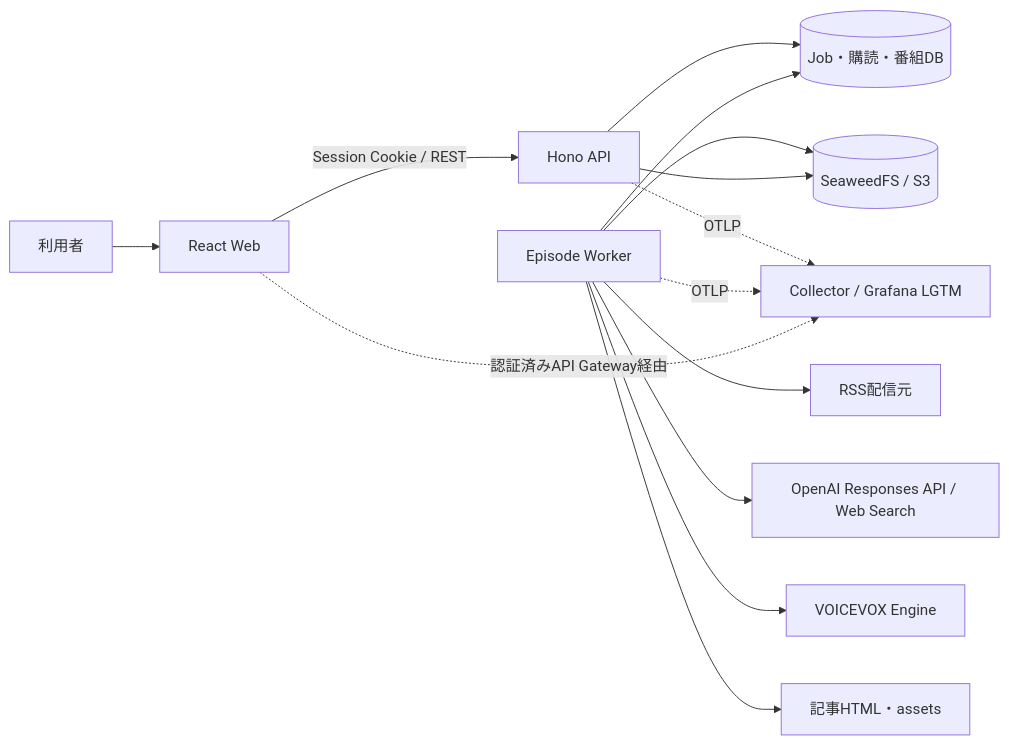
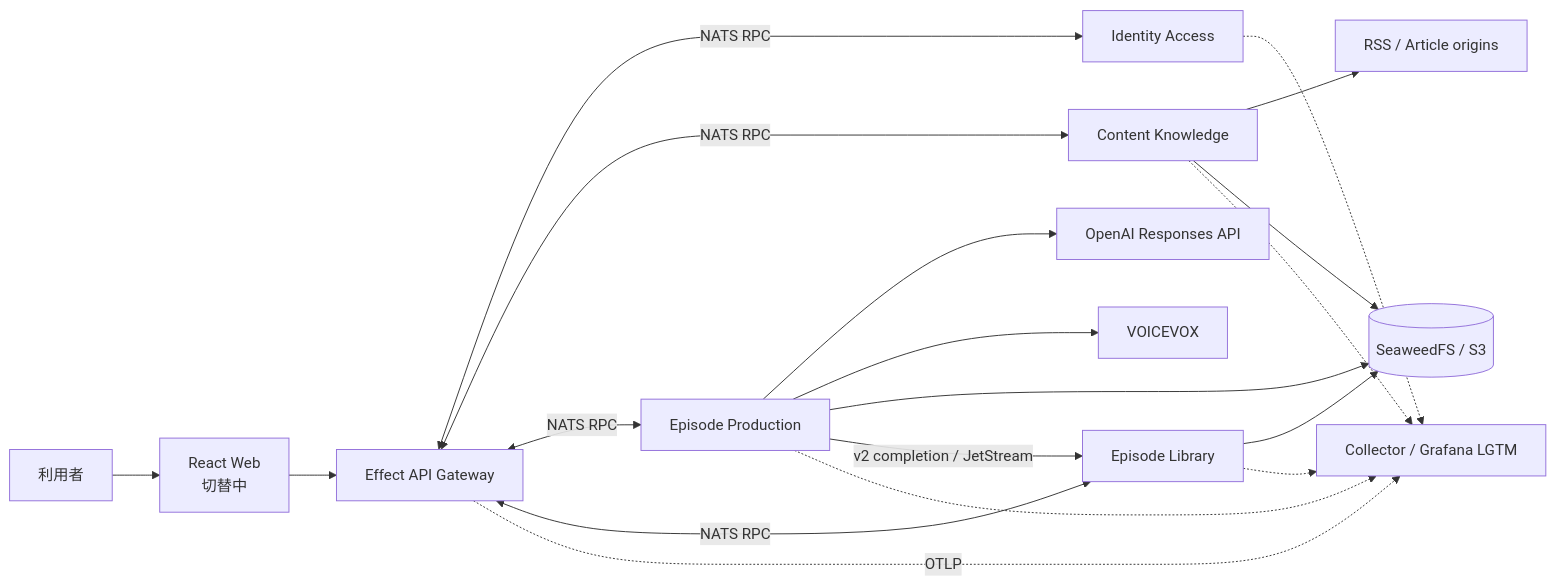
One commit to r4ai/news-podcast changed the first of 9 diagrams in docs/architecture.md. Above: the diagram before and after it, drawn with Mermaid. The commit also changed other lines of this file, not shown here.

Commit message:
docs(architecture): show functional runtime topology

````diff
--- a/docs/architecture.md
+++ b/docs/architecture.md
@@ -22,16 +22,21 @@
 ```mermaid
 flowchart LR
-  User["利用者"] --> Web["React Web"]
-  Web -->|"Session Cookie / REST"| API["Hono API"]
-  API --> DB[("Job・購読・番組DB")]
-  Worker["Episode Worker"] --> DB
-  Worker --> RSS["RSS配信元"]
-  Worker --> OpenAI["OpenAI Responses API / Web Search"]
-  Worker --> Voicevox["VOICEVOX Engine"]
-  Worker --> Objects[("SeaweedFS / S3")]
-  API --> Objects
-  Worker --> Articles["記事HTML・assets"]
-  API -.->|"OTLP"| Obs["Collector / Grafana LGTM"]
-  Worker -.->|"OTLP"| Obs
-  Web -.->|"認証済みAPI Gateway経由"| Obs
+  User["利用者"] --> Web["React Web<br/>切替中"]
+  Web --> Gateway["Effect API Gateway"]
+  Gateway <-->|"NATS RPC"| Identity["Identity Access"]
+  Gateway <-->|"NATS RPC"| Content["Content Knowledge"]
+  Gateway <-->|"NATS RPC"| Production["Episode Production"]
+  Gateway <-->|"NATS RPC"| Library["Episode Library"]
+  Content --> RSS["RSS / Article origins"]
+  Production --> OpenAI["OpenAI Responses API"]
+  Production --> Voicevox["VOICEVOX"]
+  Content --> Objects[("SeaweedFS / S3")]
+  Production --> Objects
+  Library --> Objects
+  Production -->|"v2 completion / JetStream"| Library
+  Gateway -.->|"OTLP"| Obs["Collector / Grafana LGTM"]
+  Identity -.-> Obs
+  Content -.-> Obs
+  Production -.-> Obs
+  Library -.-> Obs
 ```
````
